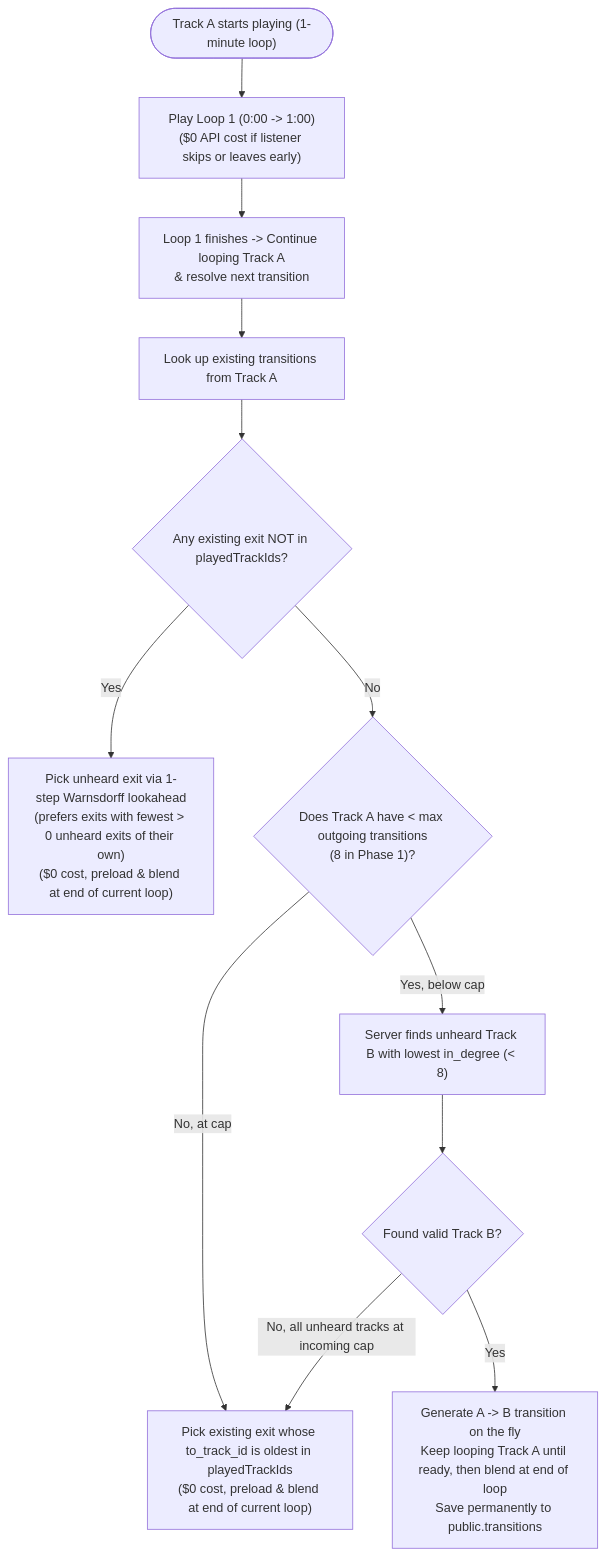
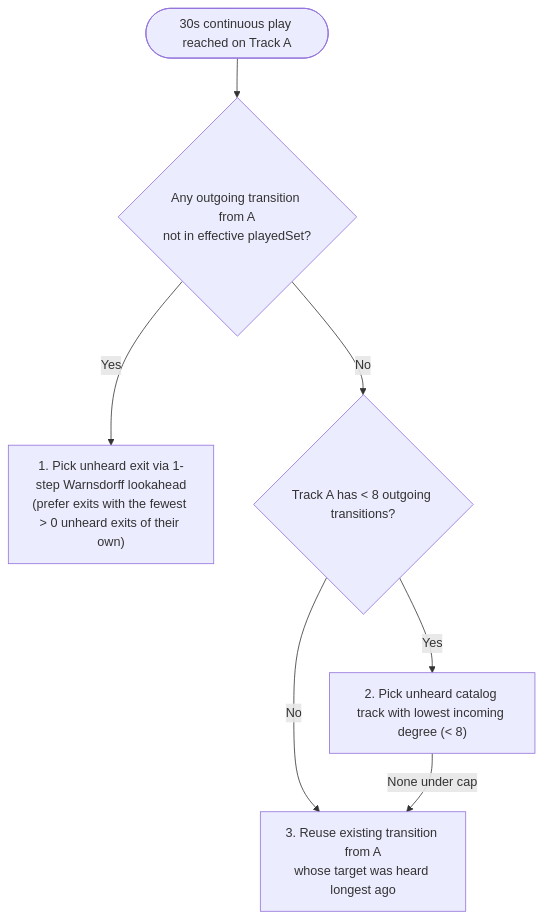
The diagram in docs/architecture/generation-policy.md (hi-humble-hedgehog/beats-for-days), drawn with Mermaid before and after one commit. The commit also changed other lines of this file and 64 other files, not shown here.

````diff
--- a/docs/architecture/generation-policy.md
+++ b/docs/architecture/generation-policy.md
@@ -154,17 +46,9 @@
 ```mermaid
 flowchart TD
-    Start(["Track A starts playing (1-minute loop)"]) --> Loop1["Play Loop 1 (0:00 -> 1:00)<br/>($0 API cost if listener skips or leaves early)"]
-    Loop1 --> EnterLoop2["Loop 1 finishes -> Continue looping Track A<br/>& resolve next transition"]
-    EnterLoop2 --> CheckExits["Look up existing transitions from Track A"]
-    CheckExits --> HasUnheard{"Any existing exit NOT in playedTrackIds?"}
-
-    HasUnheard -->|Yes| PickUnheard["Pick unheard exit via 1-step Warnsdorff lookahead<br/>(prefers exits with fewest > 0 unheard exits of their own)<br/>($0 cost, preload & blend at end of current loop)"]
-    HasUnheard -->|No| CheckCap{"Does Track A have < max outgoing transitions<br/>(8 in Phase 1)?"}
-
-    CheckCap -->|No, at cap| PickOldest["Pick existing exit whose to_track_id is oldest in playedTrackIds<br/>($0 cost, preload & blend at end of current loop)"]
-    CheckCap -->|Yes, below cap| FindCandidate["Server finds unheard Track B with lowest in_degree (< 8)"]
-
-    FindCandidate --> HasCandidate{"Found valid Track B?"}
-    HasCandidate -->|No, all unheard tracks at incoming cap| PickOldest
-    HasCandidate -->|Yes| GenerateOnFly["Generate A -> B transition on the fly<br/>Keep looping Track A until ready, then blend at end of loop<br/>Save permanently to public.transitions"]
+    Start(["30s continuous play reached on Track A"]) --> Unheard{"Any outgoing transition from A\nnot in effective playedSet?"}
+    Unheard -->|Yes| Warnsdorff["1. Pick unheard exit via 1-step Warnsdorff lookahead\n(prefer exits with the fewest > 0 unheard exits of their own)"]
+    Unheard -->|No| Cap{"Track A has < 8 outgoing transitions?"}
+    Cap -->|Yes| InDegree["2. Pick unheard catalog track with lowest incoming degree (< 8)"]
+    Cap -->|No| Oldest["3. Reuse existing transition from A\nwhose target was heard longest ago"]
+    InDegree -->|None under cap| Oldest
 ```
````
